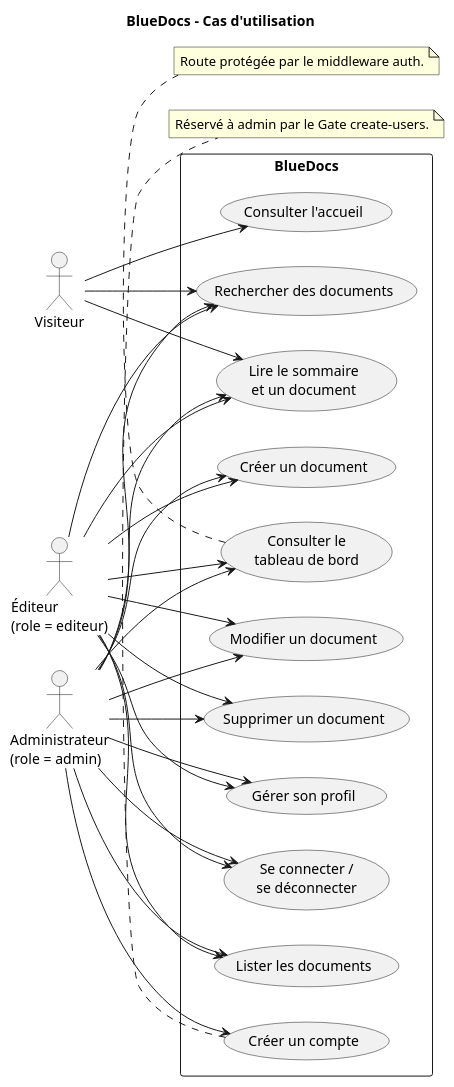
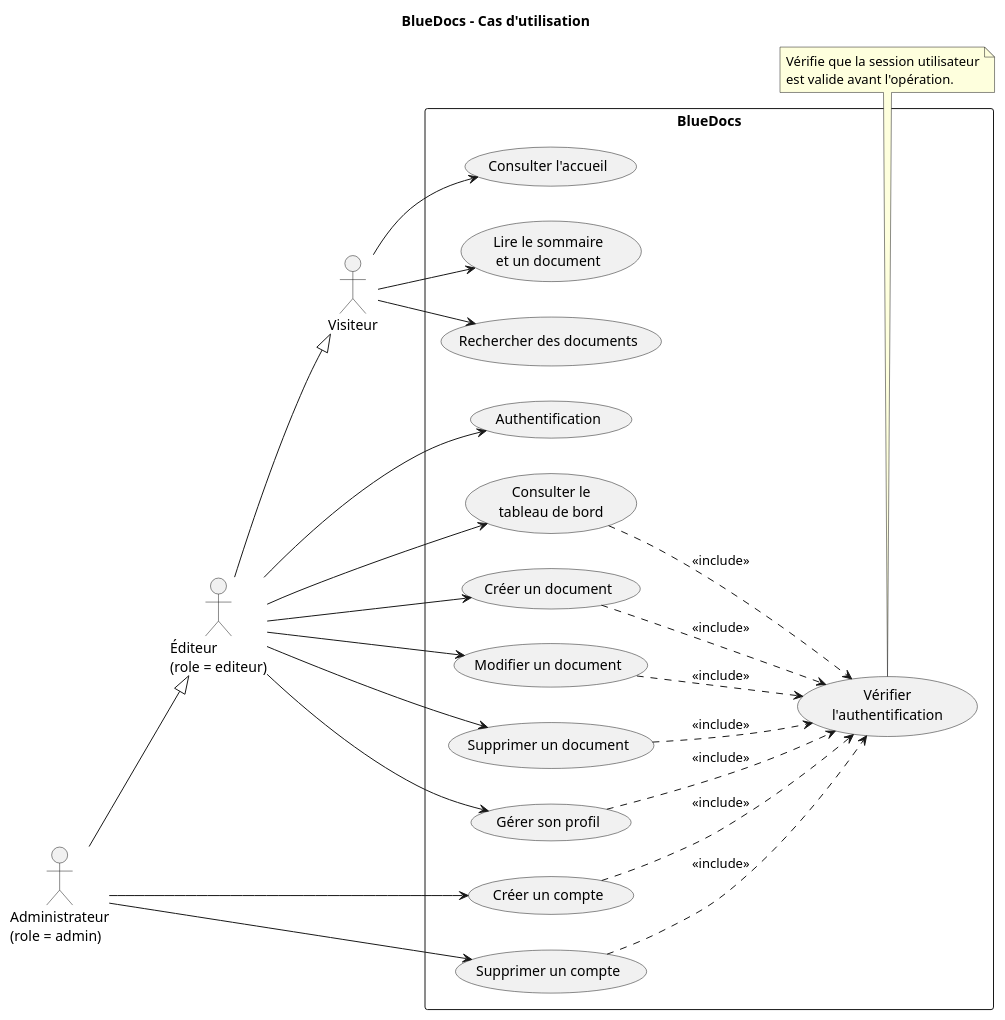
One commit to FranckySI/bluedocs changed the diagram in modelisation/2tup-cas-utilisation.puml. Above: the diagram before and after it, drawn with PlantUML. The commit also changed other lines of this file, not shown here.

```diff
--- a/modelisation/2tup-cas-utilisation.puml
+++ b/modelisation/2tup-cas-utilisation.puml
@@ -1,55 +2,56 @@
 @startuml
 title BlueDocs - Cas d'utilisation
 left to right direction
 skinparam packageStyle rectangle
 
 actor Visiteur
 actor "Éditeur\n(role = editeur)" as Editeur
 actor "Administrateur\n(role = admin)" as Admin
 
+Admin --|> Editeur
+Editeur --|> Visiteur
+
 rectangle BlueDocs {
   usecase "Consulter l'accueil" as UC_Accueil
   usecase "Lire le sommaire\net un document" as UC_Lire
   usecase "Rechercher des documents" as UC_Recherche
-  usecase "Se connecter /\nse déconnecter" as UC_Auth
+  usecase "Authentification" as UC_Auth
+  usecase "Vérifier\nl'authentification" as UC_VerifierAuth
   usecase "Consulter le\ntableau de bord" as UC_Dashboard
-  usecase "Lister les documents" as UC_Lister
   usecase "Créer un document" as UC_Creer
   usecase "Modifier un document" as UC_Modifier
   usecase "Supprimer un document" as UC_Supprimer
   usecase "Gérer son profil" as UC_Profil
   usecase "Créer un compte" as UC_Compte
+  usecase "Supprimer un compte" as UC_CompteSupprimer
+
+  UC_Dashboard ..> UC_VerifierAuth : <<include>>
+  UC_Creer ..> UC_VerifierAuth : <<include>>
+  UC_Modifier ..> UC_VerifierAuth : <<include>>
+  UC_Supprimer ..> UC_VerifierAuth : <<include>>
+  UC_Profil ..> UC_VerifierAuth : <<include>>
+  UC_Compte ..> UC_VerifierAuth : <<include>>
+  UC_CompteSupprimer ..> UC_VerifierAuth : <<include>>
 }
 
 Visiteur --> UC_Accueil
 Visiteur --> UC_Lire
 Visiteur --> UC_Recherche
 
 Editeur --> UC_Auth
 Editeur --> UC_Dashboard
-Editeur --> UC_Lire
-Editeur --> UC_Recherche
-Editeur --> UC_Lister
 Editeur --> UC_Creer
 Editeur --> UC_Modifier
 Editeur --> UC_Supprimer
 Editeur --> UC_Profil
 
-Admin --> UC_Auth
-Admin --> UC_Dashboard
-Admin --> UC_Lire
-Admin --> UC_Recherche
-Admin --> UC_Lister
-Admin --> UC_Creer
-Admin --> UC_Modifier
-Admin --> UC_Supprimer
-Admin --> UC_Profil
 Admin --> UC_Compte
+Admin --> UC_CompteSupprimer
 
-note bottom of UC_Dashboard
-  Route protégée par le middleware auth.
+note bottom of UC_VerifierAuth
+  Vérifie que la session utilisateur
+  est valide avant l'opération.
 end note
-note bottom of UC_Compte
-  Réservé à admin par le Gate create-users.
-end note
+
+
 @enduml
```
